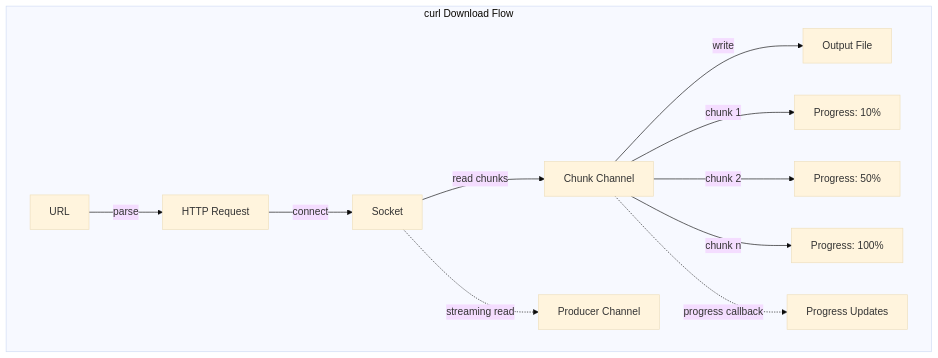
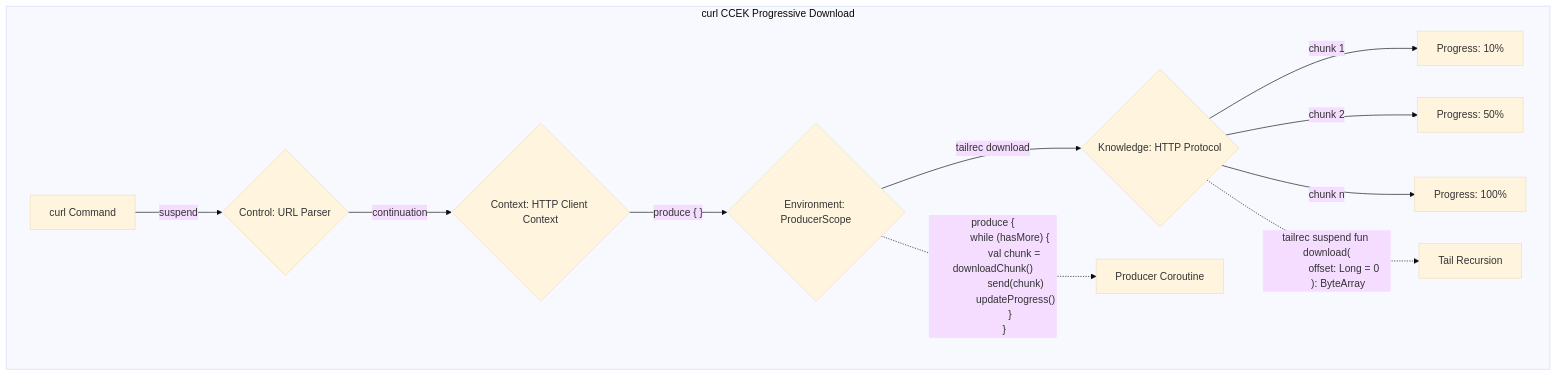
Before and after one commit to jnorthrup/superbikeshed: the fourth of 8 diagrams in CHANNEL_CCEK_TODO.md, drawn with Mermaid (base theme). The commit also changed other lines of this file and 4 other files, not shown here.

````diff
--- a/CHANNEL_CCEK_TODO.md
+++ b/CHANNEL_CCEK_TODO.md
@@ -94,16 +104,25 @@
 ```mermaid
 flowchart TD
-    subgraph "curl Download Flow"
-        A[URL] -->|parse| B[HTTP Request]
-        B -->|connect| C[Socket]
-        C -->|read chunks| D[Chunk Channel]
-        D -->|write| E[Output File]
+    subgraph "curl CCEK Progressive Download"
+        A[curl Command] -->|suspend| B{Control: URL Parser}
+        B -->|continuation| C{Context: HTTP Client Context}
+        C -->|"produce<ByteArray> { }"| D{Environment: ProducerScope}
+        D -->|tailrec download| E{Knowledge: HTTP Protocol}
         
-        D -->|chunk 1| F[Progress: 10%]
-        D -->|chunk 2| G[Progress: 50%]
-        D -->|chunk n| H[Progress: 100%]
+        E -->|chunk 1| F[Progress: 10%]
+        E -->|chunk 2| G[Progress: 50%]
+        E -->|chunk n| H[Progress: 100%]
         
-        C -.->|streaming read| PS[Producer Channel]
-        D -.->|progress callback| PR[Progress Updates]
+        D -.->|"produce<ByteArray> {
+            while (hasMore) {
+                val chunk = downloadChunk()
+                send(chunk)
+                updateProgress()
+            }
+        }"| PS[Producer Coroutine]
+        
+        E -.->|"tailrec suspend fun download(
+            offset: Long = 0
+        ): ByteArray"| TR[Tail Recursion]
     end
 ```
````
